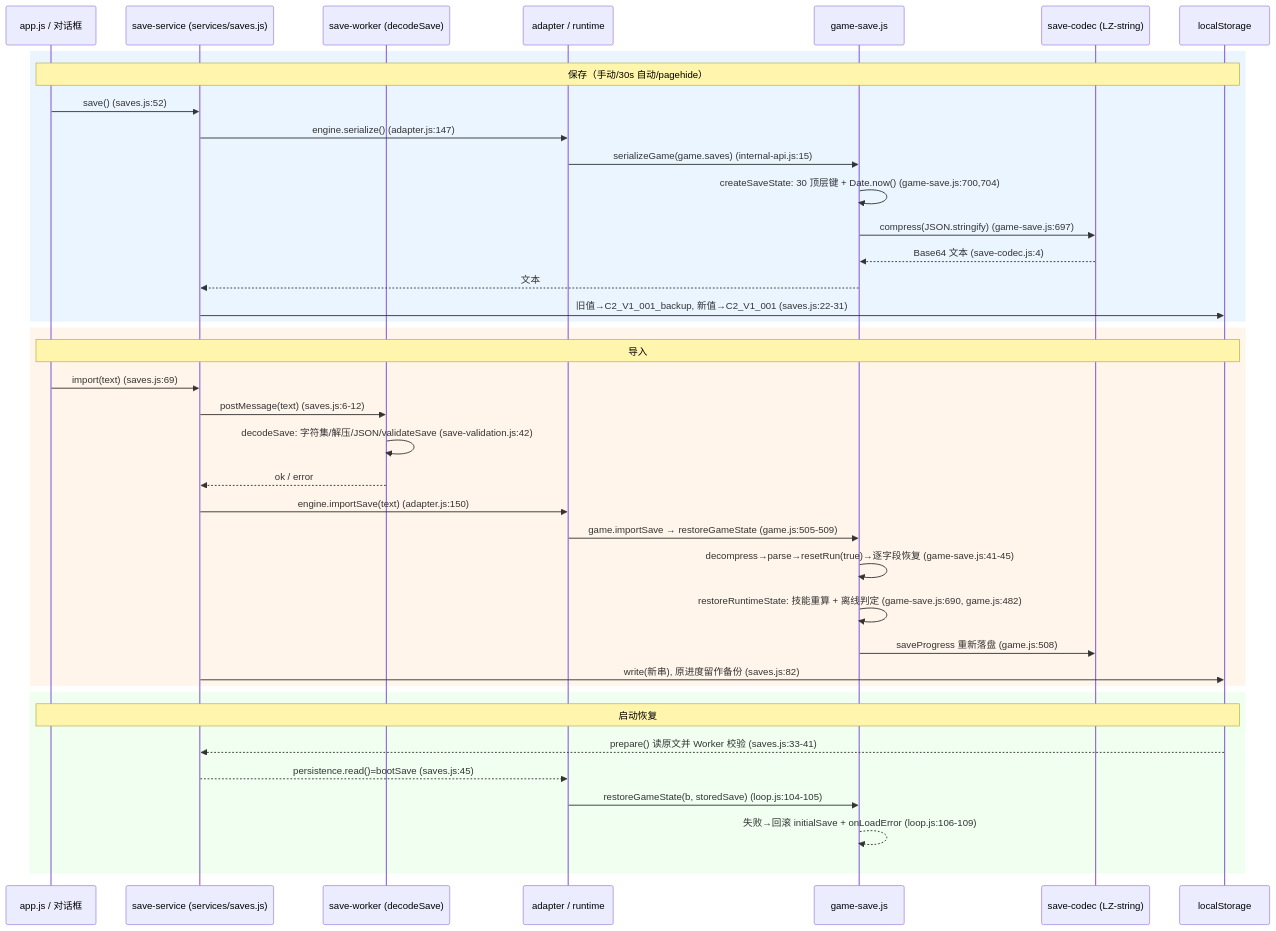
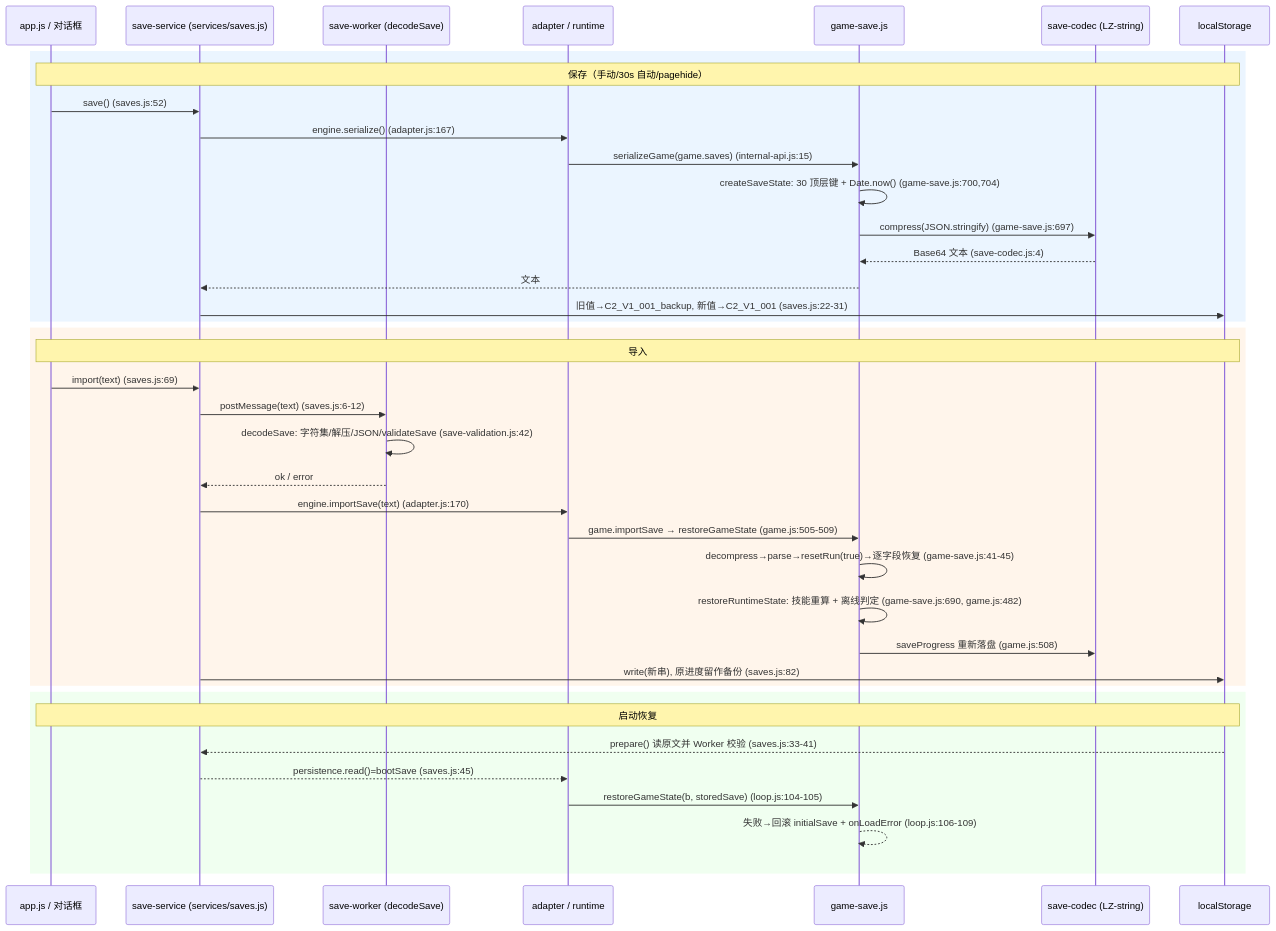
Before and after one commit to TT-106/click: the fourth of 6 diagrams in docs/architecture.md, drawn with Mermaid. The commit also changed other lines of this file and 6 other files, not shown here.

````diff
--- a/docs/architecture.md
+++ b/docs/architecture.md
@@ -284,44 +284,44 @@
 ```mermaid
 sequenceDiagram
     participant UI as app.js / 对话框
     participant SV as save-service (services/saves.js)
     participant WV as save-worker (decodeSave)
     participant AD as adapter / runtime
     participant GS as game-save.js
     participant SC as save-codec (LZ-string)
     participant LS as localStorage
 
     rect rgb(235, 245, 255)
     Note over UI,LS: 保存（手动/30s 自动/pagehide）
     UI->>SV: save() (saves.js:52)
-    SV->>AD: engine.serialize() (adapter.js:147)
+    SV->>AD: engine.serialize() (adapter.js:167)
     AD->>GS: serializeGame(game.saves) (internal-api.js:15)
     GS->>GS: createSaveState: 30 顶层键 + Date.now() (game-save.js:700,704)
     GS->>SC: compress(JSON.stringify) (game-save.js:697)
     SC-->>GS: Base64 文本 (save-codec.js:4)
     GS-->>SV: 文本
     SV->>LS: 旧值→C2_V1_001_backup, 新值→C2_V1_001 (saves.js:22-31)
     end
 
     rect rgb(255, 245, 235)
     Note over UI,LS: 导入
     UI->>SV: import(text) (saves.js:69)
     SV->>WV: postMessage(text) (saves.js:6-12)
     WV->>WV: decodeSave: 字符集/解压/JSON/validateSave (save-validation.js:42)
     WV-->>SV: ok / error
-    SV->>AD: engine.importSave(text) (adapter.js:150)
+    SV->>AD: engine.importSave(text) (adapter.js:170)
     AD->>GS: game.importSave → restoreGameState (game.js:505-509)
     GS->>GS: decompress→parse→resetRun(true)→逐字段恢复 (game-save.js:41-45)
     GS->>GS: restoreRuntimeState: 技能重算 + 离线判定 (game-save.js:690, game.js:482)
     GS->>SC: saveProgress 重新落盘 (game.js:508)
     SV->>LS: write(新串), 原进度留作备份 (saves.js:82)
     end
 
     rect rgb(240, 255, 240)
     Note over UI,LS: 启动恢复
     LS-->>SV: prepare() 读原文并 Worker 校验 (saves.js:33-41)
     SV-->>AD: persistence.read()=bootSave (saves.js:45)
     AD->>GS: restoreGameState(b, storedSave) (loop.js:104-105)
     GS-->>GS: 失败→回滚 initialSave + onLoadError (loop.js:106-109)
     end
 ```
````
